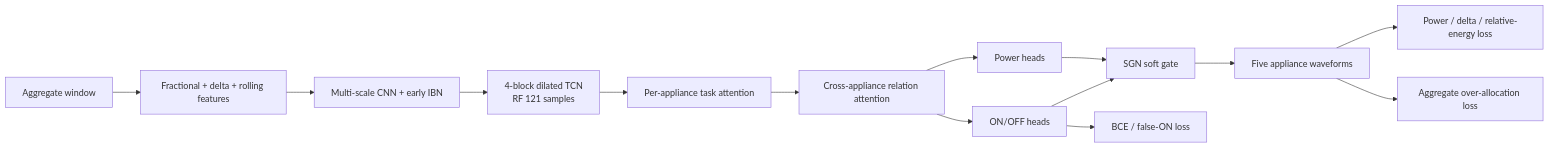
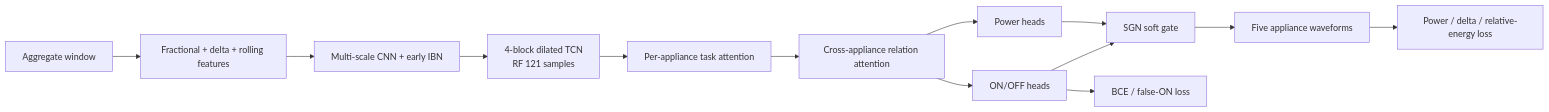
One commit to rtie2002/high_low_freq_NILM changed the second of 6 diagrams in multi_appliances_NILM/docs/multinilm_relational_physics.md. Above: the diagram before and after it, drawn with Mermaid. The commit also changed other lines of this file and 14 other files, not shown here.

````diff
--- a/multi_appliances_NILM/docs/multinilm_relational_physics.md
+++ b/multi_appliances_NILM/docs/multinilm_relational_physics.md
@@ -58,16 +58,15 @@
 ```mermaid
 flowchart LR
     X[Aggregate window] --> FE[Fractional + delta + rolling features]
     FE --> IBN[Multi-scale CNN + early IBN]
     IBN --> TCN[4-block dilated TCN<br/>RF 121 samples]
     TCN --> TA[Per-appliance task attention]
     TA --> RA[Cross-appliance relation attention]
     RA --> PH[Power heads]
     RA --> SH[ON/OFF heads]
     SH --> SG[SGN soft gate]
     PH --> SG
     SG --> OUT[Five appliance waveforms]
     OUT --> L1[Power / delta / relative-energy loss]
-    OUT --> L2[Aggregate over-allocation loss]
-    SH --> L3[BCE / false-ON loss]
+    SH --> L2[BCE / false-ON loss]
 ```
````
